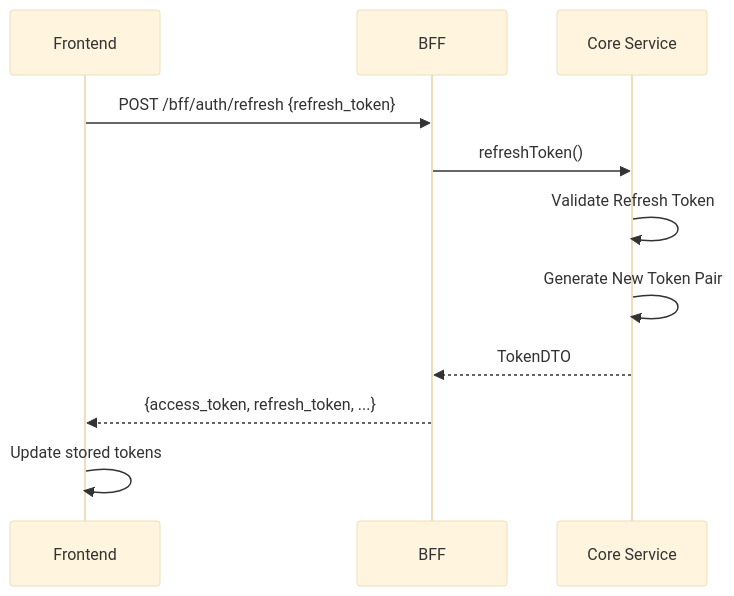
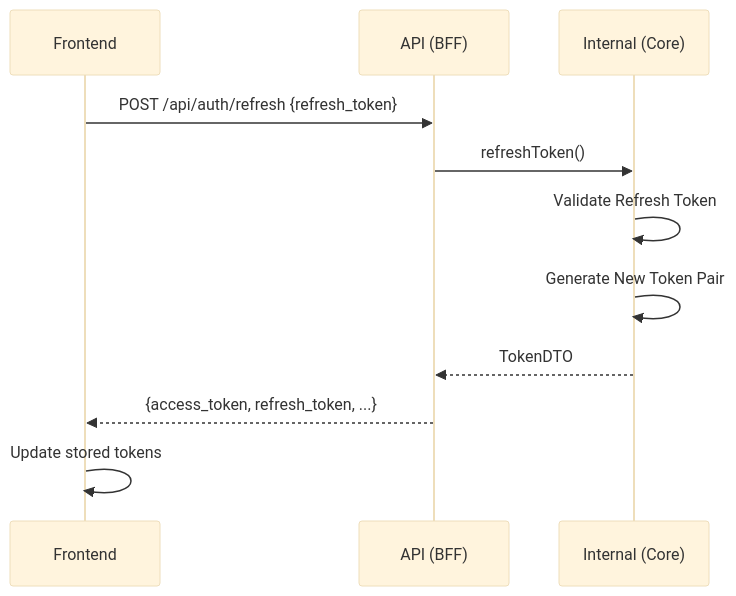
The second of 2 diagrams in docs/BFF.md (shaul1991/toy-core-system), drawn with Mermaid (base theme) before and after one commit. The commit also changed other lines of this file and 9 other files, not shown here.

First line of the commit message:
refactor: API 경로 구조 변경 (/bff/* → /api/*, /api/* → /internal/*)

````diff
--- a/docs/BFF.md
+++ b/docs/BFF.md
@@ -107,14 +108,14 @@
 ```mermaid
 sequenceDiagram
     participant F as Frontend
-    participant B as BFF
-    participant C as Core Service
+    participant A as API (BFF)
+    participant I as Internal (Core)
 
-    F->>B: POST /bff/auth/refresh {refresh_token}
-    B->>C: refreshToken()
-    C->>C: Validate Refresh Token
-    C->>C: Generate New Token Pair
-    C-->>B: TokenDTO
-    B-->>F: {access_token, refresh_token, ...}
+    F->>A: POST /api/auth/refresh {refresh_token}
+    A->>I: refreshToken()
+    I->>I: Validate Refresh Token
+    I->>I: Generate New Token Pair
+    I-->>A: TokenDTO
+    A-->>F: {access_token, refresh_token, ...}
     F->>F: Update stored tokens
 ```
````
